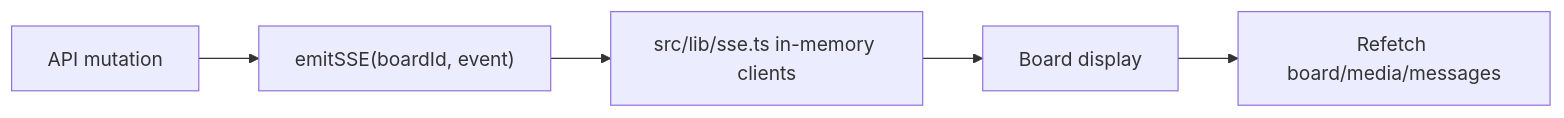
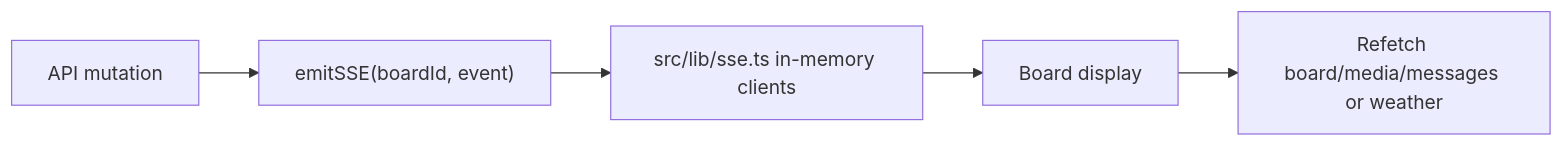
One commit to HiroshiARAKI/Keinage changed the seventh of 7 diagrams in docs/DESIGN.ja.md. Above: the diagram before and after it, drawn with Mermaid. The commit also changed other lines of this file and 31 other files, not shown here.

````diff
--- a/docs/DESIGN.ja.md
+++ b/docs/DESIGN.ja.md
@@ -441,7 +443,7 @@
 ```mermaid
 flowchart LR
   mutation["API mutation"] --> emit["emitSSE(boardId, event)"]
   emit --> hub["src/lib/sse.ts in-memory clients"]
   hub --> display["Board display"]
-  display --> refetch["Refetch board/media/messages"]
+  display --> refetch["Refetch board/media/messages or weather"]
 ```
````
